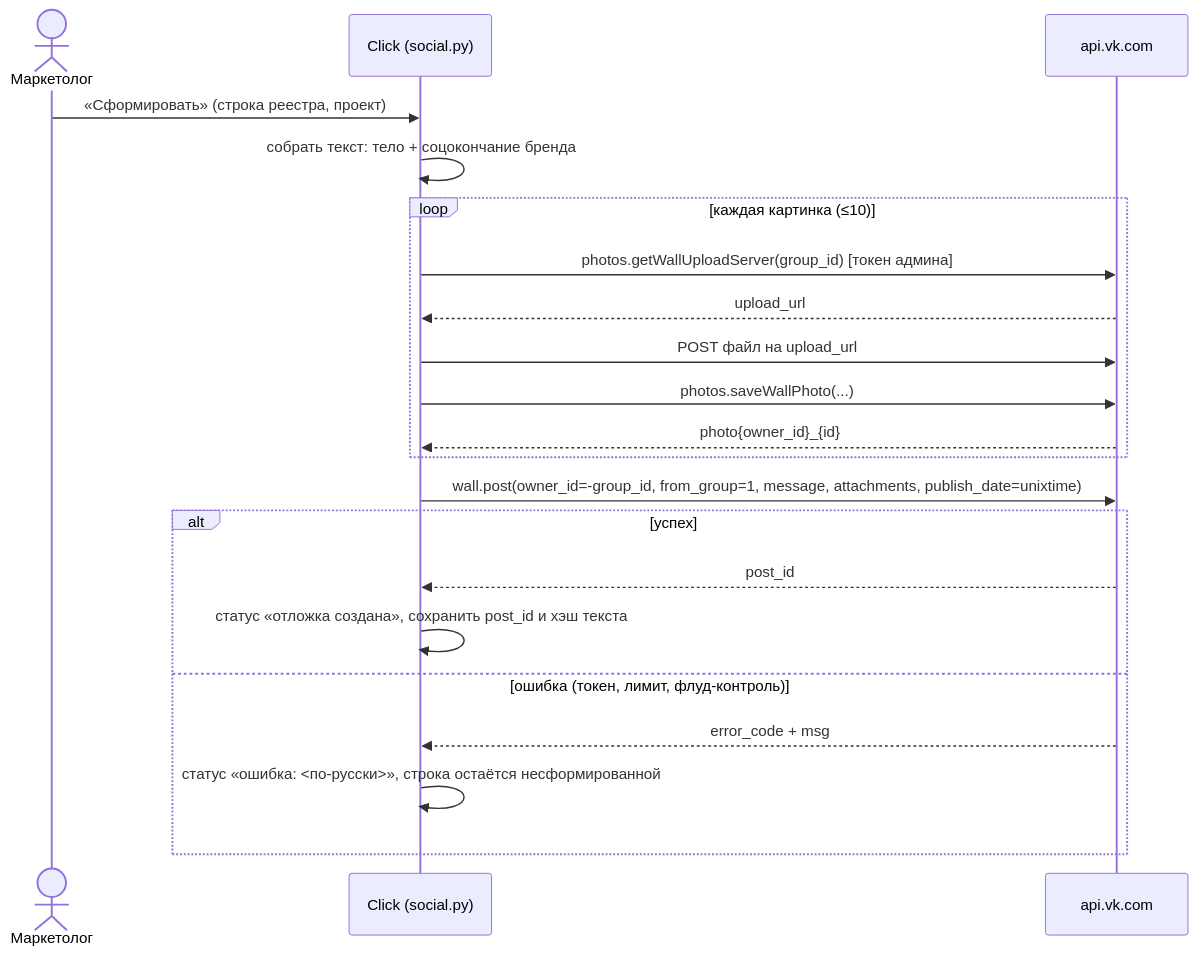
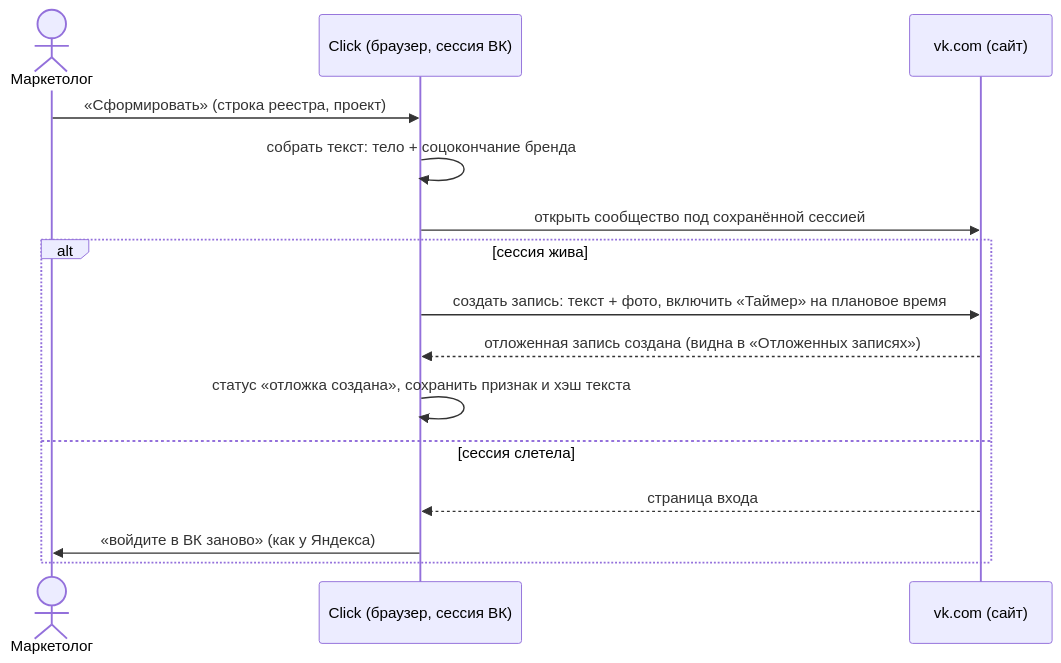
The fourth of 7 diagrams in ПОСТАНОВКА-Кросспостинг.md (mag66530/Click), drawn with Mermaid before and after one commit. The commit also changed other lines of this file and 1 other file, not shown here.

First line of the commit message:
Кросспостинг: ВК переведён с API на вход-сессию (ВК закрыл новые приложения)

````diff
--- a/ПОСТАНОВКА-Кросспостинг.md
+++ b/ПОСТАНОВКА-Кросспостинг.md
@@ -389,23 +393,17 @@
 ```mermaid
 sequenceDiagram
     actor U as Маркетолог
-    participant C as Click (social.py)
-    participant VK as api.vk.com
+    participant C as Click (браузер, сессия ВК)
+    participant VK as vk.com (сайт)
     U->>C: «Сформировать» (строка реестра, проект)
     C->>C: собрать текст: тело + соцокончание бренда
-    loop каждая картинка (≤10)
-        C->>VK: photos.getWallUploadServer(group_id) [токен админа]
-        VK-->>C: upload_url
-        C->>VK: POST файл на upload_url
-        C->>VK: photos.saveWallPhoto(...)
-        VK-->>C: photo{owner_id}_{id}
-    end
-    C->>VK: wall.post(owner_id=-group_id, from_group=1, message, attachments, publish_date=unixtime)
-    alt успех
-        VK-->>C: post_id
-        C->>C: статус «отложка создана», сохранить post_id и хэш текста
-    else ошибка (токен, лимит, флуд-контроль)
-        VK-->>C: error_code + msg
-        C->>C: статус «ошибка: <по-русски>», строка остаётся несформированной
+    C->>VK: открыть сообщество под сохранённой сессией
+    alt сессия жива
+        C->>VK: создать запись: текст + фото, включить «Таймер» на плановое время
+        VK-->>C: отложенная запись создана (видна в «Отложенных записях»)
+        C->>C: статус «отложка создана», сохранить признак и хэш текста
+    else сессия слетела
+        VK-->>C: страница входа
+        C->>U: «войдите в ВК заново» (как у Яндекса)
     end
 ```
````
